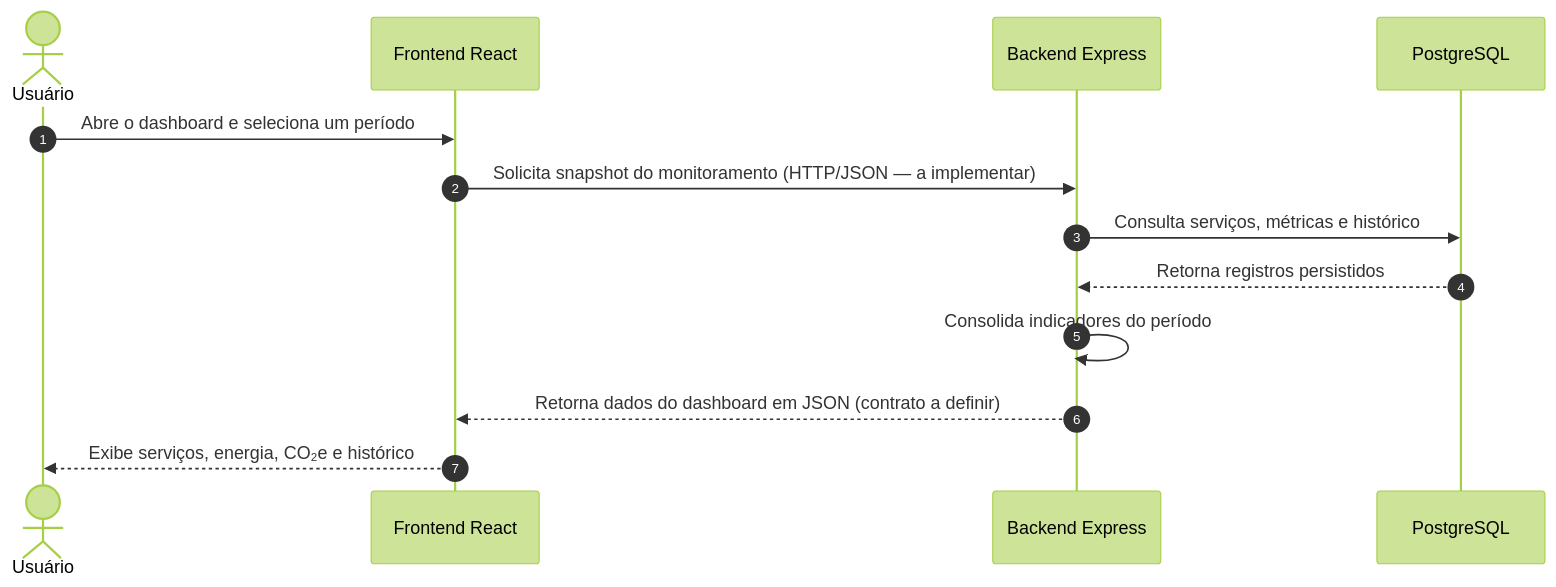
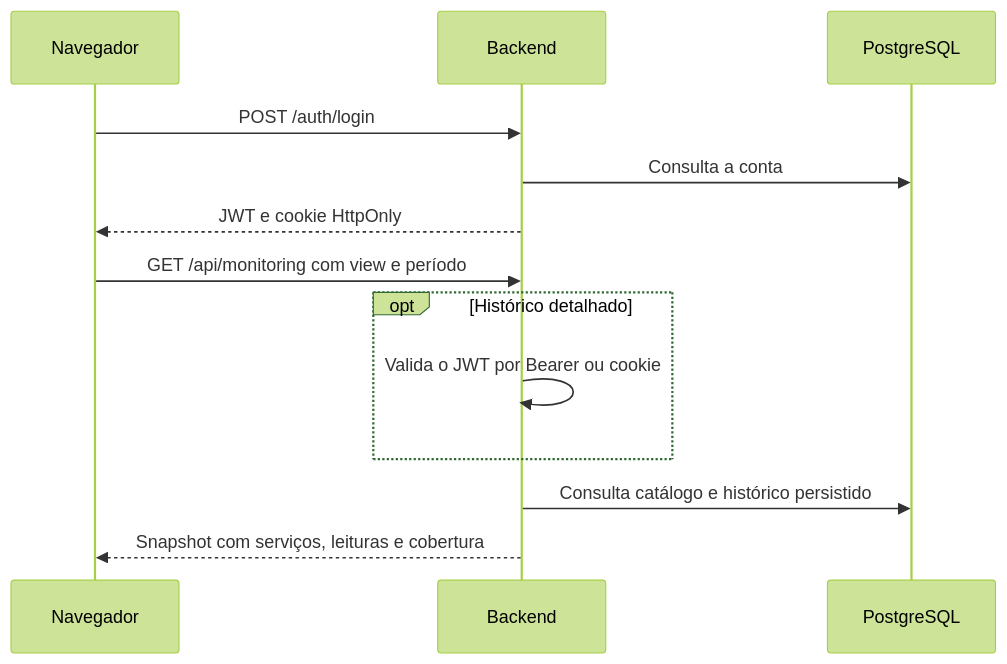
One commit to pentascripts-organization/EcoByteMetrics changed the fifth of 5 diagrams in docs/arquitetura.md. Above: the diagram before and after it, drawn with Mermaid (forest theme). The commit also changed other lines of this file and 2 other files, not shown here.

Commit message:
docs: sincronizar DDL, contratos de API e arquitetura

````diff
--- a/docs/arquitetura.md
+++ b/docs/arquitetura.md
@@ -163,16 +63,15 @@
 ```mermaid
 sequenceDiagram
-    autonumber
-    actor U as Usuário
-    participant FE as Frontend React
-    participant BE as Backend Express
-    participant DB as PostgreSQL
-
-    U->>FE: Abre o dashboard e seleciona um período
-    FE->>BE: Solicita snapshot do monitoramento (HTTP/JSON — a implementar)
-    BE->>DB: Consulta serviços, métricas e histórico
-    DB-->>BE: Retorna registros persistidos
-    BE->>BE: Consolida indicadores do período
-    BE-->>FE: Retorna dados do dashboard em JSON (contrato a definir)
-    FE-->>U: Exibe serviços, energia, CO₂e e histórico
+    participant U as Navegador
+    participant B as Backend
+    participant P as PostgreSQL
+    U->>B: POST /auth/login
+    B->>P: Consulta a conta
+    B-->>U: JWT e cookie HttpOnly
+    U->>B: GET /api/monitoring com view e período
+    opt Histórico detalhado
+        B->>B: Valida o JWT por Bearer ou cookie
+    end
+    B->>P: Consulta catálogo e histórico persistido
+    B-->>U: Snapshot com serviços, leituras e cobertura
 ```
````
